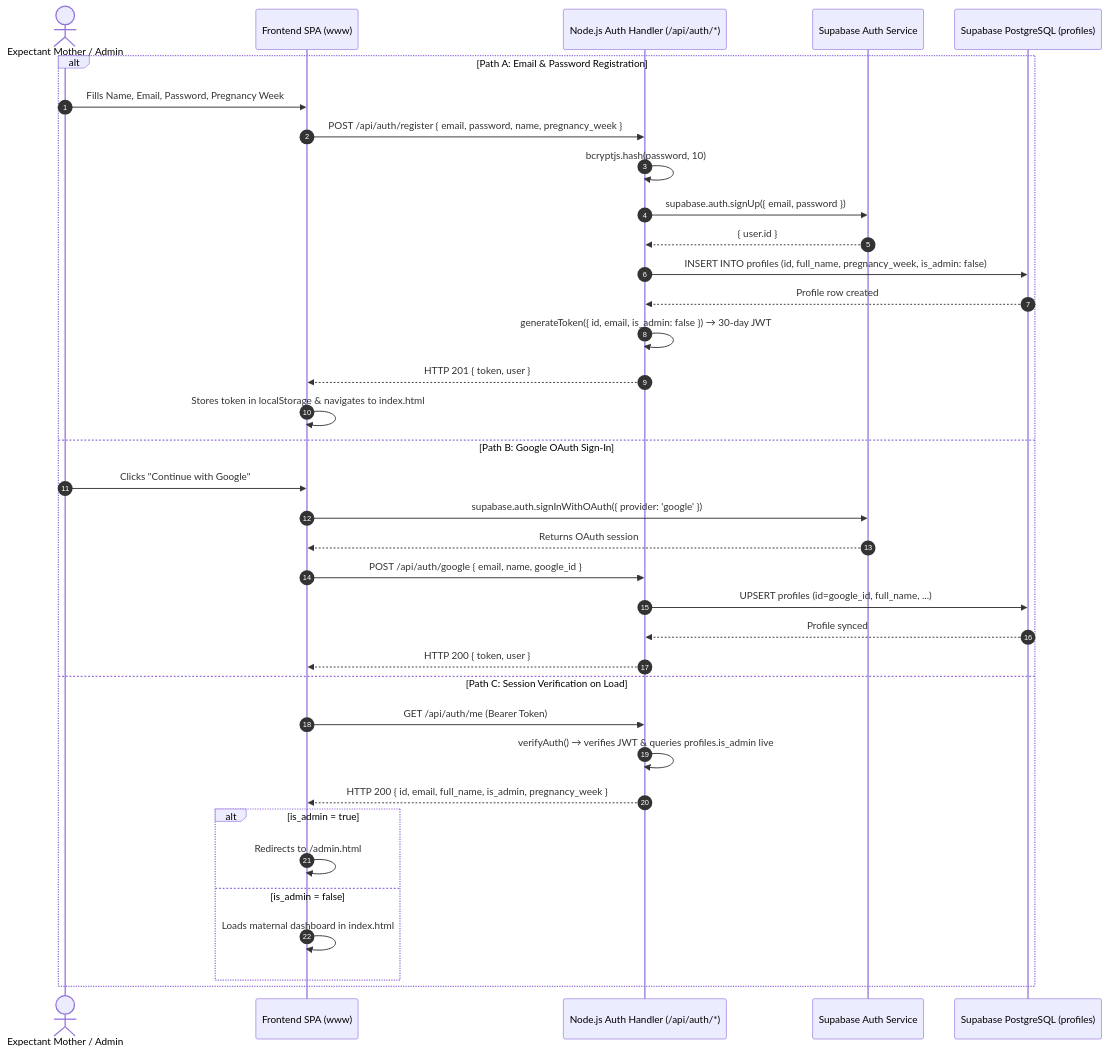
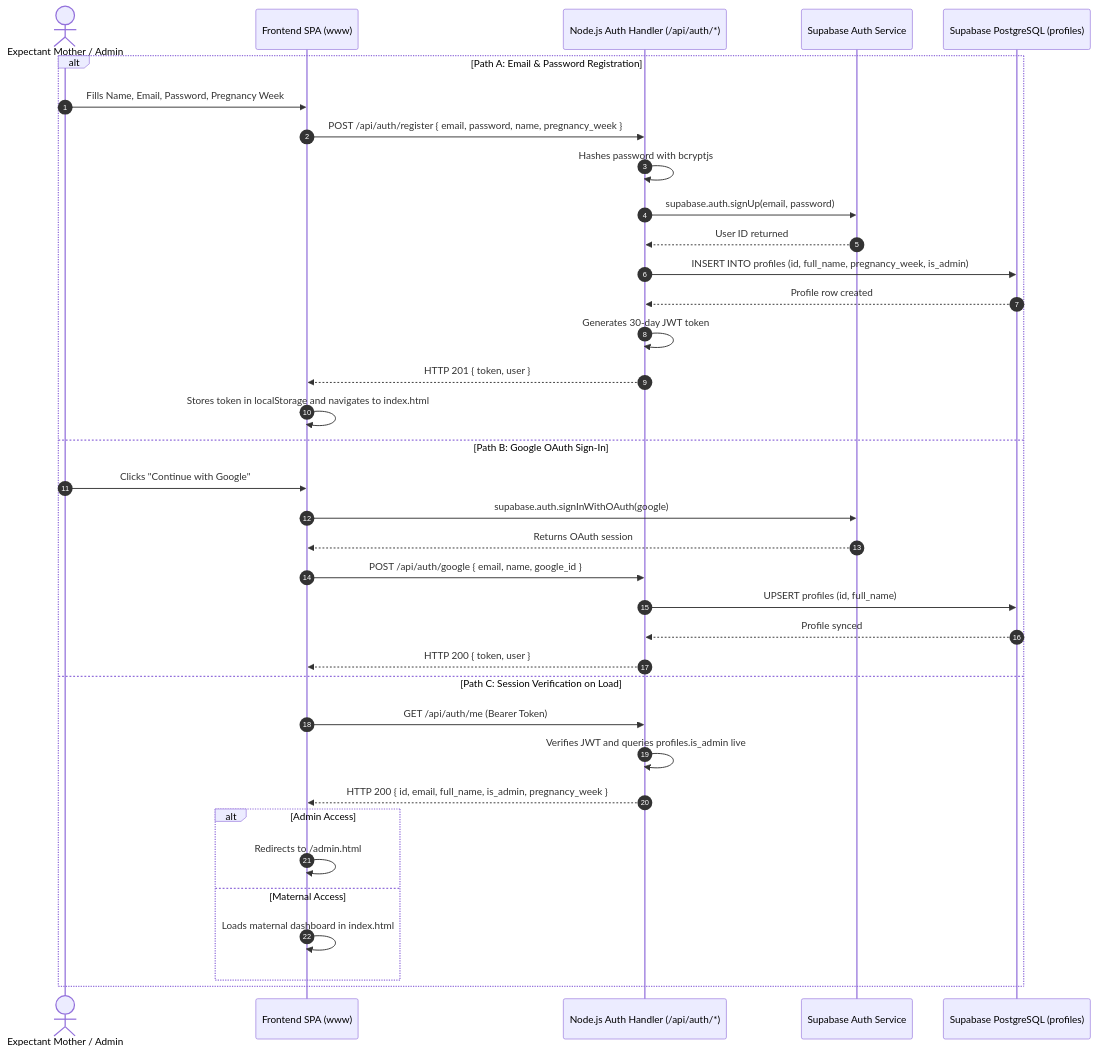
One commit to aajubairprince-bot/api-connected- changed the second of 5 diagrams in Shokhi-AI-main/docs/TARGET_ARCHITECTURE.md. Above: the diagram before and after it, drawn with Mermaid. The commit also changed other lines of this file and 2 other files, not shown here.

Commit message:
Fix-Mermaid-Diagram-Syntax

````diff
--- a/Shokhi-AI-main/docs/TARGET_ARCHITECTURE.md
+++ b/Shokhi-AI-main/docs/TARGET_ARCHITECTURE.md
@@ -87,39 +86,39 @@
 ```mermaid
 sequenceDiagram
     autonumber
     actor User as Expectant Mother / Admin
     participant Frontend as Frontend SPA (www)
     participant AuthAPI as Node.js Auth Handler (/api/auth/*)
     participant SupaAuth as Supabase Auth Service
     participant DB as Supabase PostgreSQL (profiles)
 
     alt Path A: Email & Password Registration
         User->>Frontend: Fills Name, Email, Password, Pregnancy Week
         Frontend->>AuthAPI: POST /api/auth/register { email, password, name, pregnancy_week }
-        AuthAPI->>AuthAPI: bcryptjs.hash(password, 10)
-        AuthAPI->>SupaAuth: supabase.auth.signUp({ email, password })
-        SupaAuth-->>AuthAPI: { user.id }
-        AuthAPI->>DB: INSERT INTO profiles (id, full_name, pregnancy_week, is_admin: false)
+        AuthAPI->>AuthAPI: Hashes password with bcryptjs
+        AuthAPI->>SupaAuth: supabase.auth.signUp(email, password)
+        SupaAuth-->>AuthAPI: User ID returned
+        AuthAPI->>DB: INSERT INTO profiles (id, full_name, pregnancy_week, is_admin)
         DB-->>AuthAPI: Profile row created
-        AuthAPI->>AuthAPI: generateToken({ id, email, is_admin: false }) → 30-day JWT
+        AuthAPI->>AuthAPI: Generates 30-day JWT token
         AuthAPI-->>Frontend: HTTP 201 { token, user }
-        Frontend->>Frontend: Stores token in localStorage & navigates to index.html
+        Frontend->>Frontend: Stores token in localStorage and navigates to index.html
     else Path B: Google OAuth Sign-In
         User->>Frontend: Clicks "Continue with Google"
-        Frontend->>SupaAuth: supabase.auth.signInWithOAuth({ provider: 'google' })
+        Frontend->>SupaAuth: supabase.auth.signInWithOAuth(google)
         SupaAuth-->>Frontend: Returns OAuth session
         Frontend->>AuthAPI: POST /api/auth/google { email, name, google_id }
-        AuthAPI->>DB: UPSERT profiles (id=google_id, full_name, ...)
+        AuthAPI->>DB: UPSERT profiles (id, full_name)
         DB-->>AuthAPI: Profile synced
         AuthAPI-->>Frontend: HTTP 200 { token, user }
     else Path C: Session Verification on Load
         Frontend->>AuthAPI: GET /api/auth/me (Bearer Token)
-        AuthAPI->>AuthAPI: verifyAuth() → verifies JWT & queries profiles.is_admin live
+        AuthAPI->>AuthAPI: Verifies JWT and queries profiles.is_admin live
         AuthAPI-->>Frontend: HTTP 200 { id, email, full_name, is_admin, pregnancy_week }
-        alt is_admin = true
+        alt Admin Access
             Frontend->>Frontend: Redirects to /admin.html
-        else is_admin = false
+        else Maternal Access
             Frontend->>Frontend: Loads maternal dashboard in index.html
         end
     end
 ```
````
